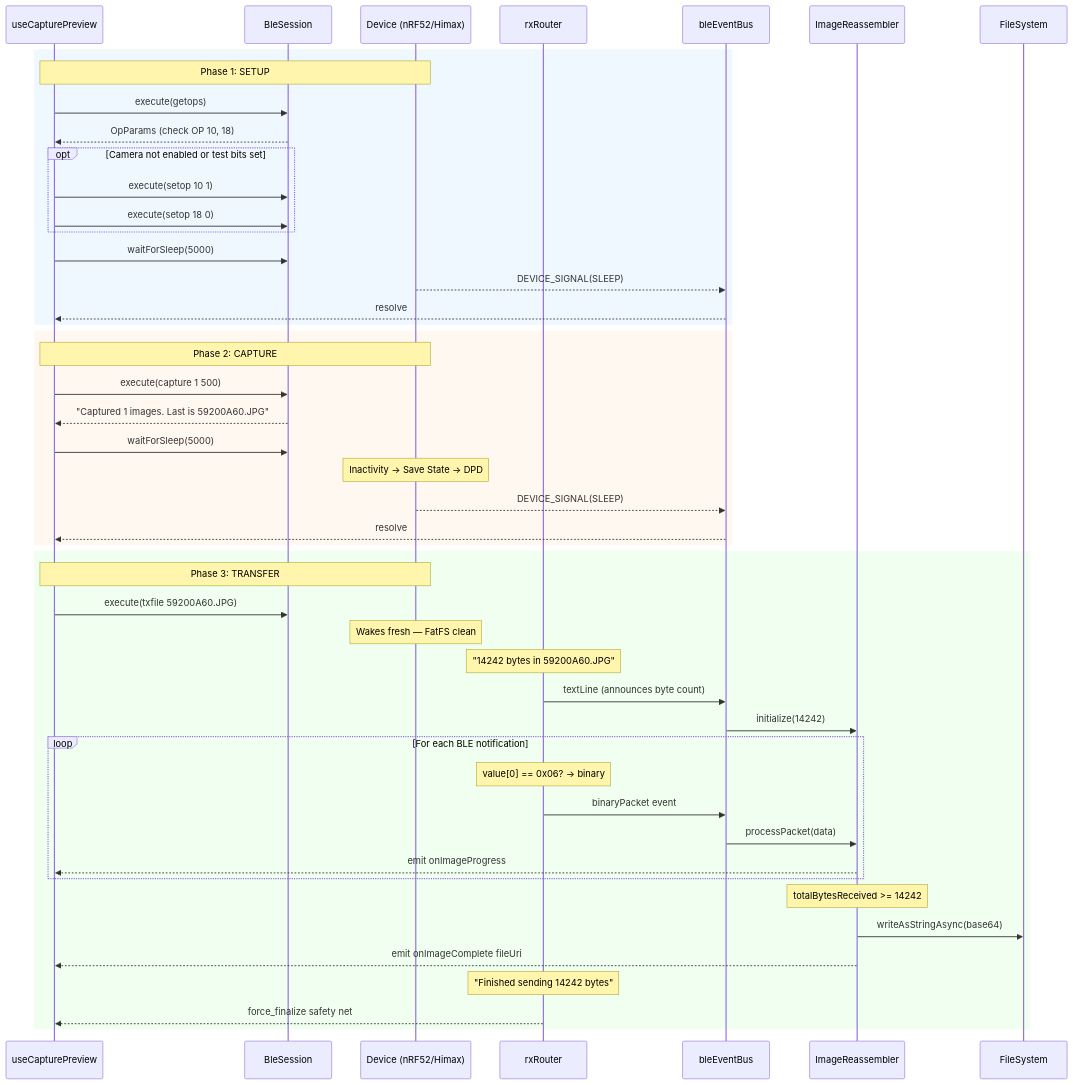
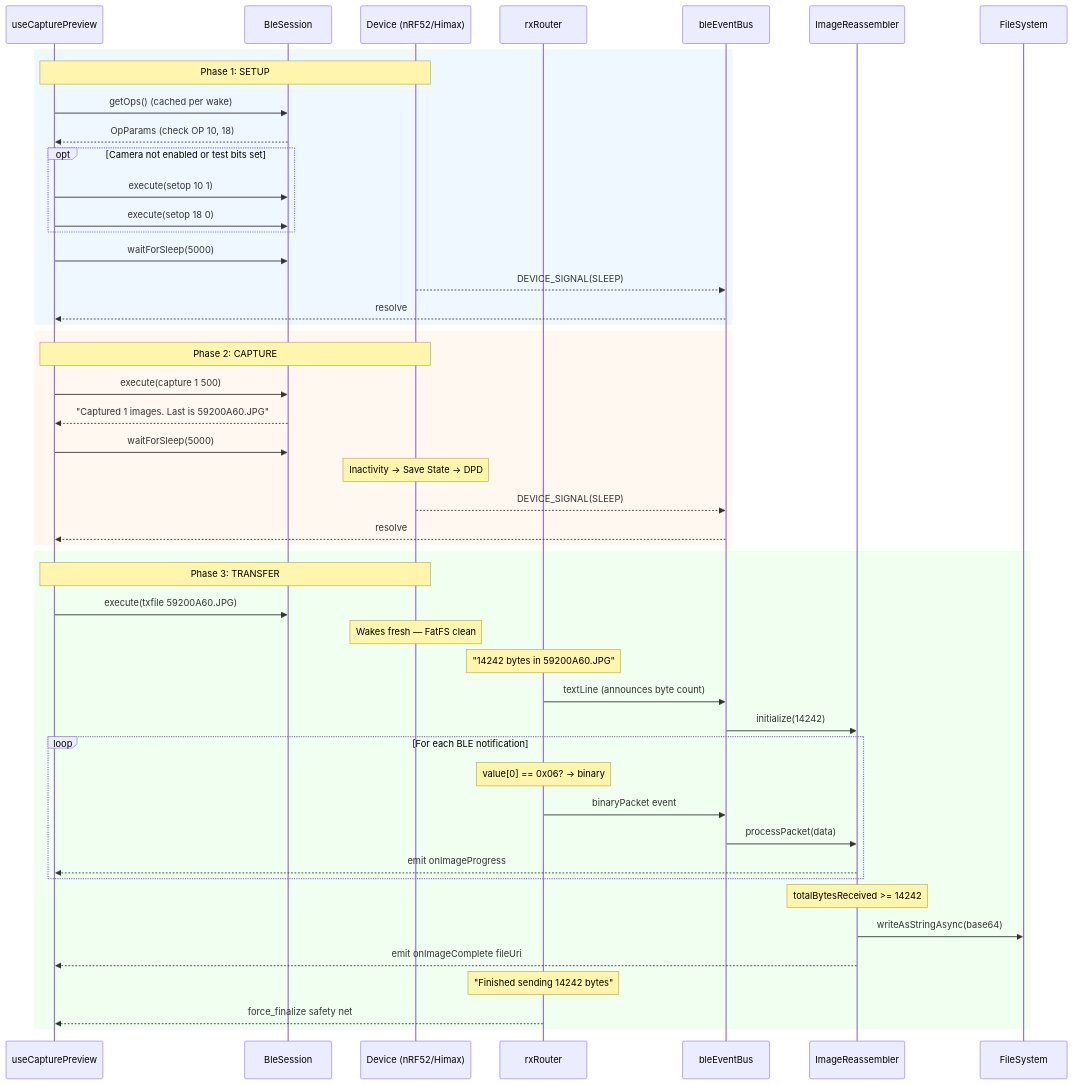
Before and after one commit to wildlifeai/ww-mobile-app: the third of 5 diagrams in documentation/resources/BLE_Architecture.md, drawn with Mermaid. The commit also changed other lines of this file and 12 other files, not shown here.

````diff
--- a/documentation/resources/BLE_Architecture.md
+++ b/documentation/resources/BLE_Architecture.md
@@ -129,56 +129,56 @@
 ```mermaid
 sequenceDiagram
     participant UI as useCapturePreview
     participant Sess as BleSession
     participant Dev as Device (nRF52/Himax)
     participant Router as rxRouter
     participant Bus as bleEventBus
     participant IR as ImageReassembler
     participant FS as FileSystem
 
     rect rgb(240, 248, 255)
     Note over UI,Dev: Phase 1: SETUP
-    UI->>Sess: execute(getops)
+    UI->>Sess: getOps() (cached per wake)
     Sess-->>UI: OpParams (check OP 10, 18)
     opt Camera not enabled or test bits set
         UI->>Sess: execute(setop 10 1)
         UI->>Sess: execute(setop 18 0)
     end
     UI->>Sess: waitForSleep(5000)
     Dev-->>Bus: DEVICE_SIGNAL(SLEEP)
     Bus-->>UI: resolve
     end
 
     rect rgb(255, 248, 240)
     Note over UI,Dev: Phase 2: CAPTURE
     UI->>Sess: execute(capture 1 500)
     Sess-->>UI: "Captured 1 images. Last is 59200A60.JPG"
     UI->>Sess: waitForSleep(5000)
     Note over Dev: Inactivity → Save State → DPD
     Dev-->>Bus: DEVICE_SIGNAL(SLEEP)
     Bus-->>UI: resolve
     end
 
     rect rgb(240, 255, 240)
     Note over UI,Dev: Phase 3: TRANSFER
     UI->>Sess: execute(txfile 59200A60.JPG)
     Note over Dev: Wakes fresh — FatFS clean
     Note over Router: "14242 bytes in 59200A60.JPG"
     Router->>Bus: textLine (announces byte count)
     Bus->>IR: initialize(14242)
 
     loop For each BLE notification
         Note over Router: value[0] == 0x06? → binary
         Router->>Bus: binaryPacket event
         Bus->>IR: processPacket(data)
         IR-->>UI: emit onImageProgress
     end
 
     Note over IR: totalBytesReceived >= 14242
     IR->>FS: writeAsStringAsync(base64)
     IR-->>UI: emit onImageComplete fileUri
 
     Note over Router: "Finished sending 14242 bytes"
     Router-->>UI: force_finalize safety net
     end
 ```
````
